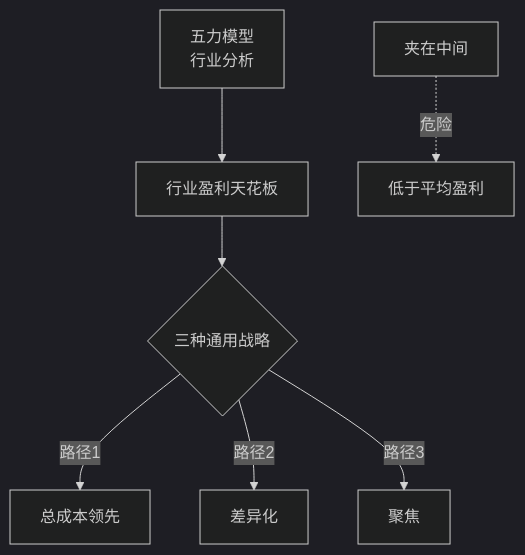
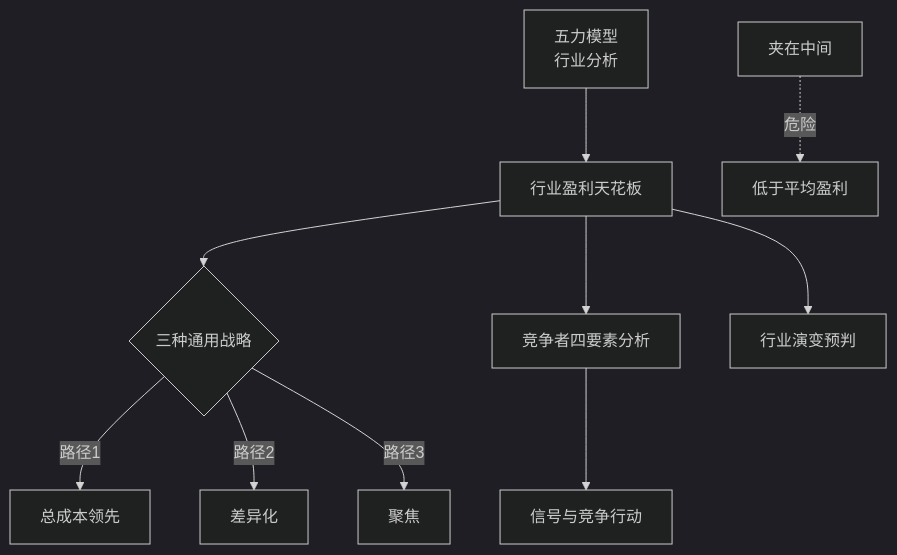
One commit to xdawayer/obsidian changed the diagram in 知识库/商业类/《竞争战略》 - 迈克尔·波特.md. Above: the diagram before and after it, drawn with Mermaid (dark theme). The commit also changed other lines of this file and 3 other files, not shown here.

````diff
--- a/知识库/商业类/《竞争战略》 - 迈克尔·波特.md
+++ b/知识库/商业类/《竞争战略》 - 迈克尔·波特.md
@@ -28,9 +30,12 @@
 ```mermaid
 graph TD
     A["五力模型<br>行业分析"] --> B["行业盈利天花板"]
     B --> C{"三种通用战略"}
     C -->|路径1| D["总成本领先"]
     C -->|路径2| E["差异化"]
     C -->|路径3| F["聚焦"]
     G["夹在中间"] -.->|危险| H["低于平均盈利"]
+    B --> I["竞争者四要素分析"]
+    B --> J["行业演变预判"]
+    I --> K["信号与竞争行动"]
 ```
````
